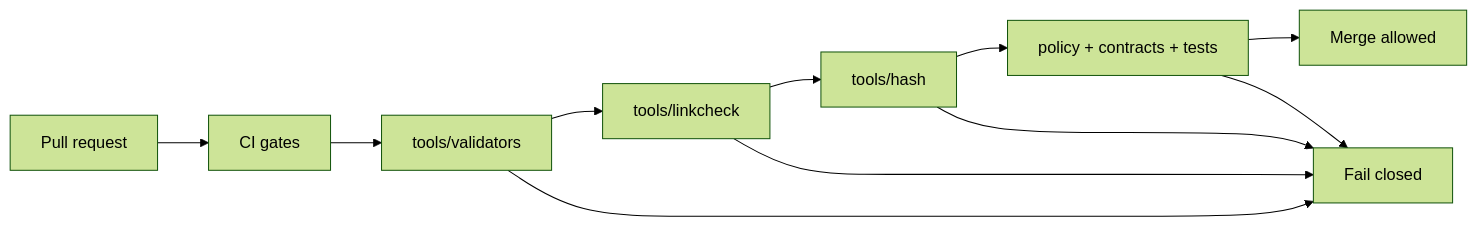
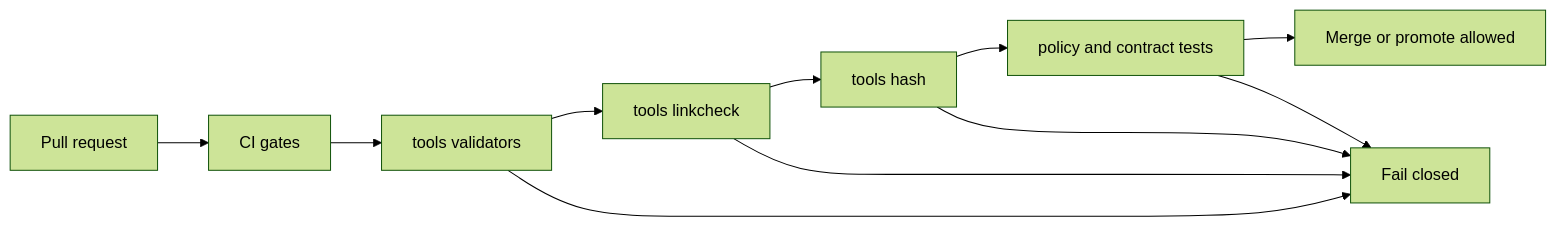
One commit to bartytime4life/Kansas-Frontier-Matrix changed the second of 2 diagrams in tools/README.md. Above: the diagram before and after it, drawn with Mermaid (forest theme). The commit also changed other lines of this file, not shown here.

First line of the commit message:
Revise tools/README.md for clarity and updates

````diff
--- a/tools/README.md
+++ b/tools/README.md
@@ -501,14 +252,14 @@
 ```mermaid
 flowchart LR
   PR[Pull request] --> CI[CI gates]
-  CI --> V[tools/validators]
-  V --> L[tools/linkcheck]
-  L --> H[tools/hash]
-  H --> P[policy + contracts + tests]
-  P --> OK[Merge allowed]
+  CI --> V[tools validators]
+  V --> L[tools linkcheck]
+  L --> H[tools hash]
+  H --> P[policy and contract tests]
+  P --> OK[Merge or promote allowed]
 
   V --> BLOCK[Fail closed]
   L --> BLOCK
   H --> BLOCK
   P --> BLOCK
 ```
````
